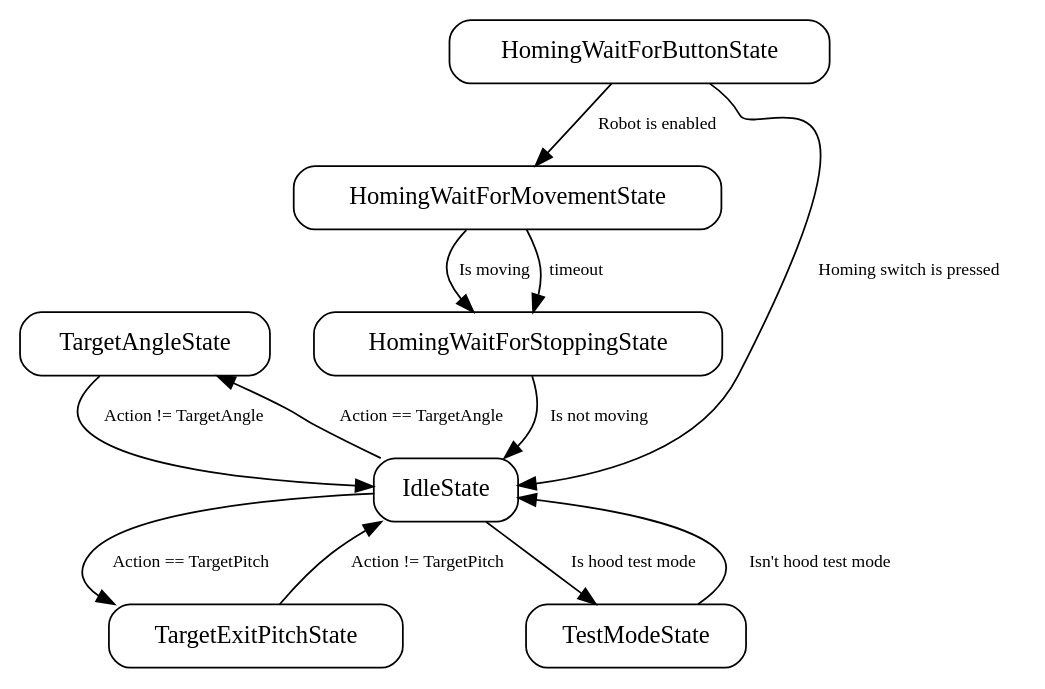
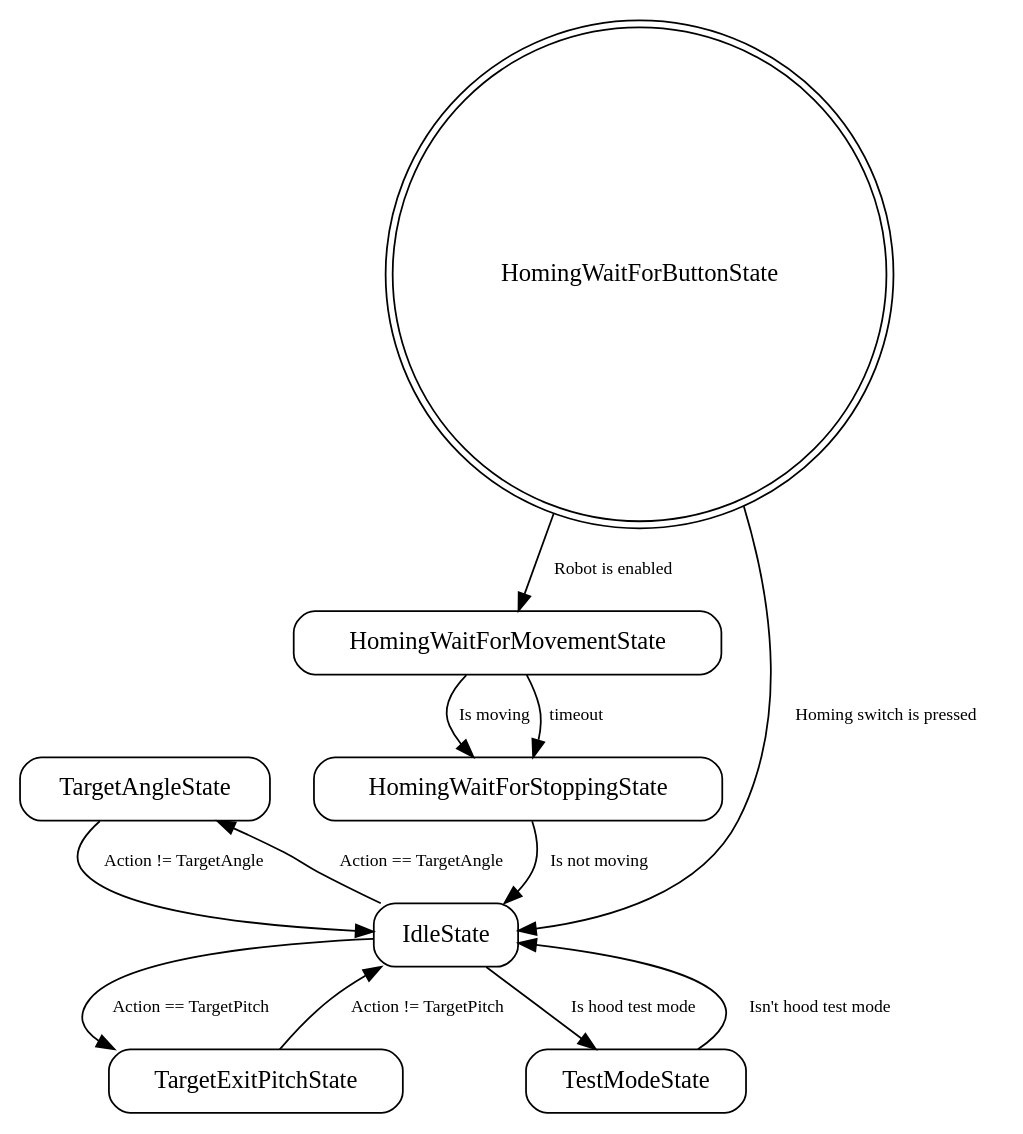
One commit to team401/2026-Robot-Code changed the diagram in state_machine_graphs/hood.dot. Above: the diagram before and after it, drawn with Graphviz. The commit also changed 6 other files, not shown here.

Commit message:
(#80) regenerate state machine graphs

```diff
--- a/state_machine_graphs/hood.dot
+++ b/state_machine_graphs/hood.dot
@@ -1,45 +1,45 @@
 digraph {
 
   // Graphviz Format settings
 
   node [
     shape=box,
     style=rounded
   ];
 
   edge [
     fontsize=10
   ];
 
 
   // States
 
   TargetAngleState ;
   HomingWaitForMovementState ;
   HomingWaitForStoppingState ;
   IdleState ;
   TargetExitPitchState ;
   TestModeState ;
-  HomingWaitForButtonState ;
+  HomingWaitForButtonState [shape=doublecircle];
 
   // Transitions
 
   TargetAngleState -> IdleState [label="Action != TargetAngle"];
 
   HomingWaitForMovementState -> HomingWaitForStoppingState [label="Is moving"];
   HomingWaitForMovementState -> HomingWaitForStoppingState [label="timeout"];
 
   HomingWaitForStoppingState -> IdleState [label="Is not moving"];
 
   IdleState -> TestModeState [label="Is hood test mode"];
   IdleState -> TargetExitPitchState [label="Action == TargetPitch"];
   IdleState -> TargetAngleState [label="Action == TargetAngle"];
 
   TargetExitPitchState -> IdleState [label="Action != TargetPitch"];
 
   TestModeState -> IdleState [label="Isn't hood test mode"];
 
   HomingWaitForButtonState -> IdleState [label="Homing switch is pressed"];
   HomingWaitForButtonState -> HomingWaitForMovementState [label="Robot is enabled"];
 
 }
```
